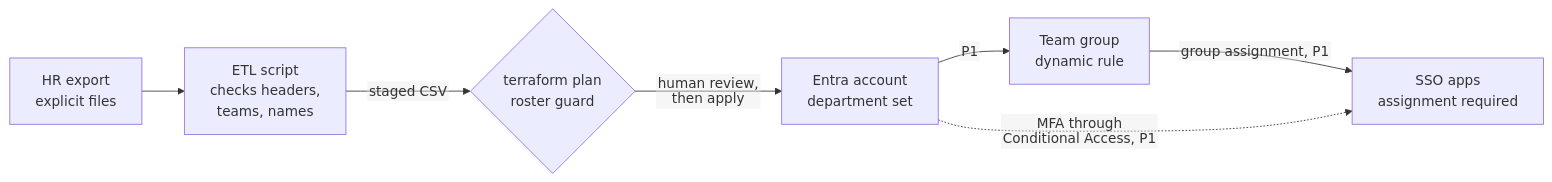
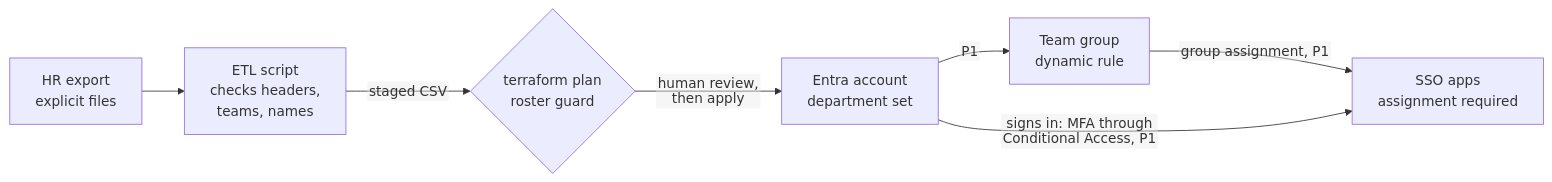
The second of 2 diagrams in 01-identity/README.md (willshchang/WSHC-ZTAI-Lab), drawn with Mermaid before and after one commit. The commit also changed other lines of this file and 3 other files, not shown here.

First line of the commit message:
docs: diagrams match the code

````diff
--- a/01-identity/README.md
+++ b/01-identity/README.md
@@ -92,17 +106,17 @@
 ```mermaid
 %%{init: {"flowchart": {"htmlLabels": false}}}%%
 flowchart LR
     hr["HR export<br/>explicit files"]
     etl["ETL script<br/>checks headers,<br/>teams, names"]
     plan{"terraform plan<br/>roster guard"}
     user["Entra account<br/>department set"]
     grp["Team group<br/>dynamic rule"]
     apps["SSO apps<br/>assignment required"]
 
     hr --> etl
     etl -->|"staged CSV"| plan
     plan -->|"human review,<br/>then apply"| user
     user -->|"P1"| grp
     grp -->|"group assignment, P1"| apps
-    user -.->|"MFA through<br/>Conditional Access, P1"| apps
+    user -->|"signs in: MFA through<br/>Conditional Access, P1"| apps
 ```
````
